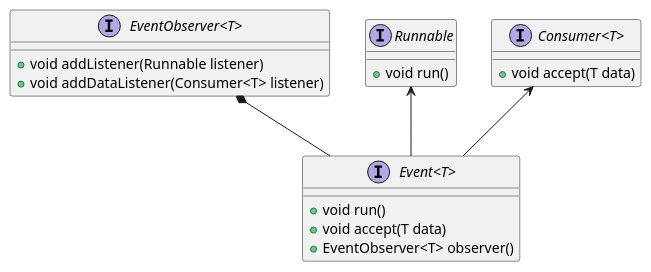
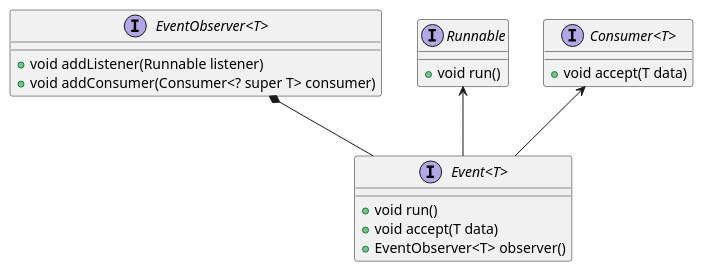
One commit to codion-is/codion changed the first of 3 diagrams in documentation/src/docs/asciidoc/manual/common-core.adoc. Above: the diagram before and after it, drawn with PlantUML. The commit also changed 97 other files, not shown here.

Commit message:
EventObserver.addDataListener() renamed addConsumer(), related renaming

```diff
--- a/documentation/src/docs/asciidoc/manual/common-core.adoc
+++ b/documentation/src/docs/asciidoc/manual/common-core.adoc
@@ -12,27 +12,27 @@
 [plantuml, event-diagram, svg, align=center]
 -------------------------------------------
 skinparam genericDisplay old
 
 interface Event<T> {
     +void run()
     +void accept(T data)
     +EventObserver<T> observer()
 }
 
 interface EventObserver<T> {
     +void addListener(Runnable listener)
-    +void addDataListener(Consumer<T> listener)
+    +void addConsumer(Consumer<? super T> consumer)
 }
 
 interface Runnable {
     + void run()
 }
 
 interface Consumer<T> {
     + void accept(T data)
 }
 
 Runnable <-- Event
 Consumer <-- Event
 EventObserver *-- Event
 -------------------------------------------
```
